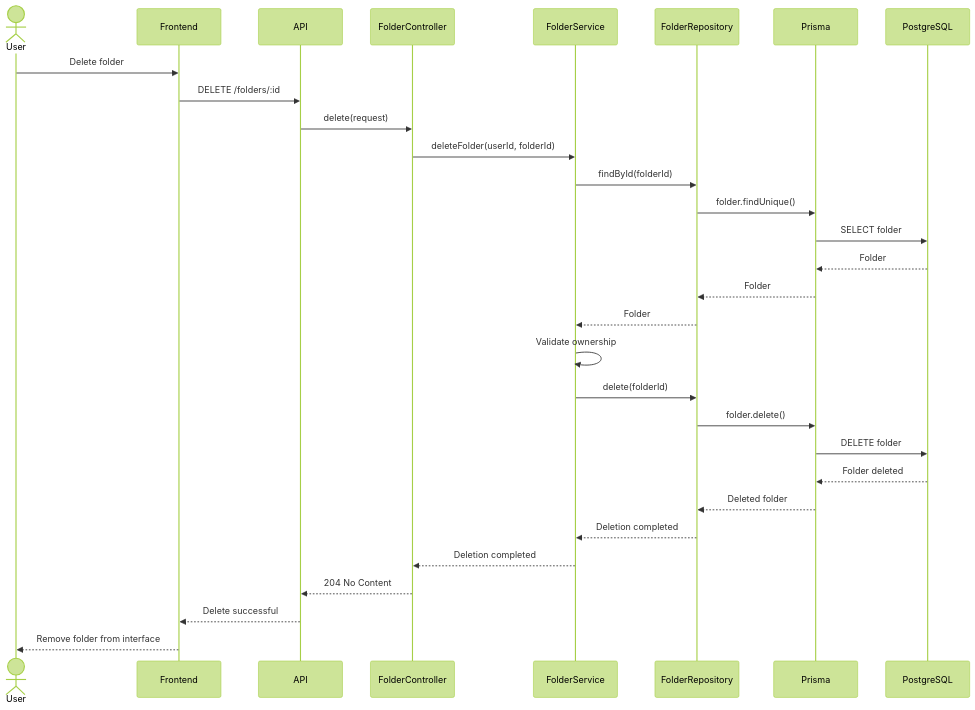
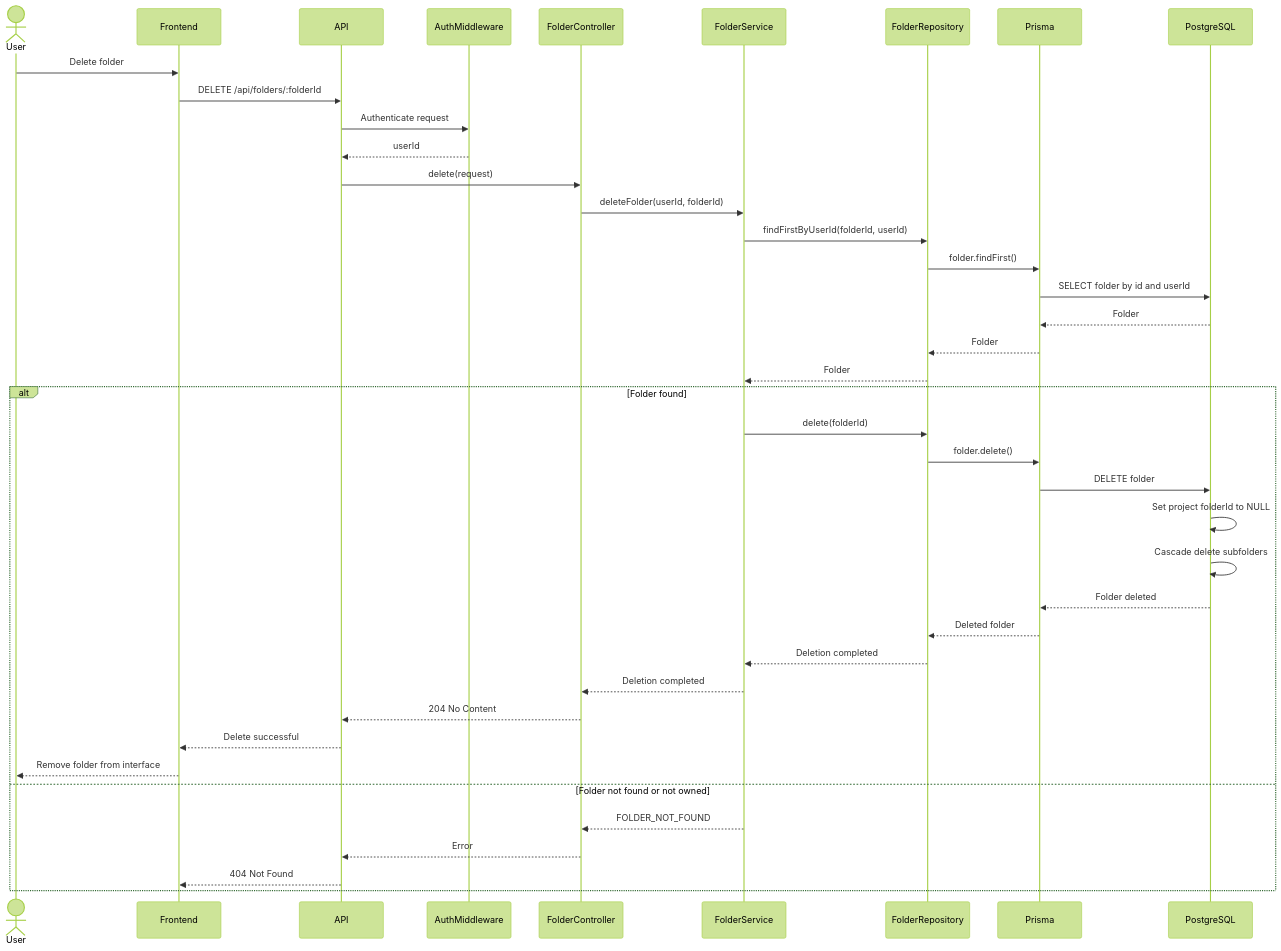
Before and after one commit to davihenriquedev1/prodixus: the diagram in docs/diagrams/sequence-diagrams/folder/delete.md, drawn with Mermaid (forest theme). The commit also changed other lines of this file and 65 other files, not shown here.

````diff
--- a/docs/diagrams/sequence-diagrams/folder/delete.md
+++ b/docs/diagrams/sequence-diagrams/folder/delete.md
@@ -3,61 +3,48 @@
 ```mermaid
 sequenceDiagram
-
     actor User
-
     participant Frontend
-
     participant API
-
+    participant AuthMiddleware
     participant FolderController
-
     participant FolderService
-
     participant FolderRepository
-
     participant Prisma
-
     participant PostgreSQL
 
     User->>Frontend: Delete folder
-
-    Frontend->>API: DELETE /folders/:id
-
+    Frontend->>API: DELETE /api/folders/:folderId
+    API->>AuthMiddleware: Authenticate request
+    AuthMiddleware-->>API: userId
     API->>FolderController: delete(request)
-
     FolderController->>FolderService: deleteFolder(userId, folderId)
 
-    FolderService->>FolderRepository: findById(folderId)
-
-    FolderRepository->>Prisma: folder.findUnique()
-
-    Prisma->>PostgreSQL: SELECT folder
-
+    FolderService->>FolderRepository: findFirstByUserId(folderId, userId)
+    FolderRepository->>Prisma: folder.findFirst()
+    Prisma->>PostgreSQL: SELECT folder by id and userId
     PostgreSQL-->>Prisma: Folder
-
     Prisma-->>FolderRepository: Folder
-
     FolderRepository-->>FolderService: Folder
 
-    FolderService->>FolderService: Validate ownership
+    alt Folder found
+        FolderService->>FolderRepository: delete(folderId)
+        FolderRepository->>Prisma: folder.delete()
+        Prisma->>PostgreSQL: DELETE folder
 
-    FolderService->>FolderRepository: delete(folderId)
+        PostgreSQL->>PostgreSQL: Set project folderId to NULL
+        PostgreSQL->>PostgreSQL: Cascade delete subfolders
 
-    FolderRepository->>Prisma: folder.delete()
+        PostgreSQL-->>Prisma: Folder deleted
+        Prisma-->>FolderRepository: Deleted folder
+        FolderRepository-->>FolderService: Deletion completed
+        FolderService-->>FolderController: Deletion completed
+        FolderController-->>API: 204 No Content
+        API-->>Frontend: Delete successful
+        Frontend-->>User: Remove folder from interface
 
-    Prisma->>PostgreSQL: DELETE folder
-
-    PostgreSQL-->>Prisma: Folder deleted
-
-    Prisma-->>FolderRepository: Deleted folder
-
-    FolderRepository-->>FolderService: Deletion completed
-
-    FolderService-->>FolderController: Deletion completed
-
-    FolderController-->>API: 204 No Content
-
-    API-->>Frontend: Delete successful
-
-    Frontend-->>User: Remove folder from interface
+    else Folder not found or not owned
+        FolderService-->>FolderController: FOLDER_NOT_FOUND
+        FolderController-->>API: Error
+        API-->>Frontend: 404 Not Found
+    end
 ```
````
